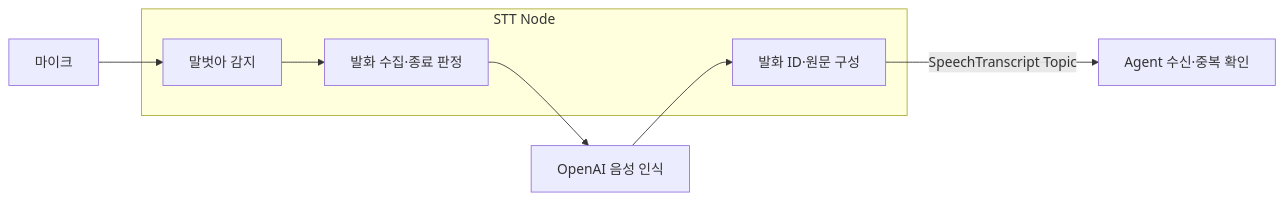
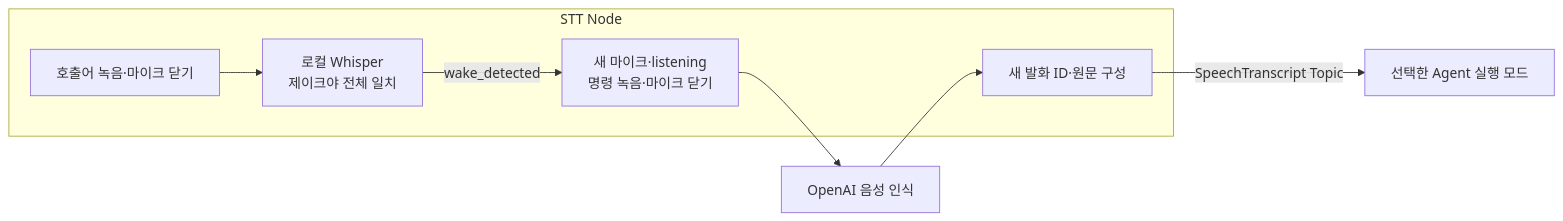
One commit to SWM-malbut/malbut changed the diagram in malbut_stt/README.md. Above: the diagram before and after it, drawn with Mermaid. The commit also changed other lines of this file and 18 other files, not shown here.

````diff
--- a/malbut_stt/README.md
+++ b/malbut_stt/README.md
@@ -8,10 +8,10 @@
 ```mermaid
 flowchart LR
-    MIC["마이크"] --> W
     subgraph STT["STT Node"]
-        W["말벗아 감지"] --> R["발화 수집·종료 판정"]
-        P["발화 ID·원문 구성"]
+        W["호출어 녹음·마이크 닫기"] --> L["로컬 Whisper<br/>제이크야 전체 일치"]
+        L -->|"wake_detected"| R["새 마이크·listening<br/>명령 녹음·마이크 닫기"]
+        P["새 발화 ID·원문 구성"]
     end
     R --> O["OpenAI 음성 인식"] --> P
-    P -->|"SpeechTranscript Topic"| A["Agent 수신·중복 확인"]
+    P -->|"SpeechTranscript Topic"| A["선택한 Agent 실행 모드"]
 ```
````
